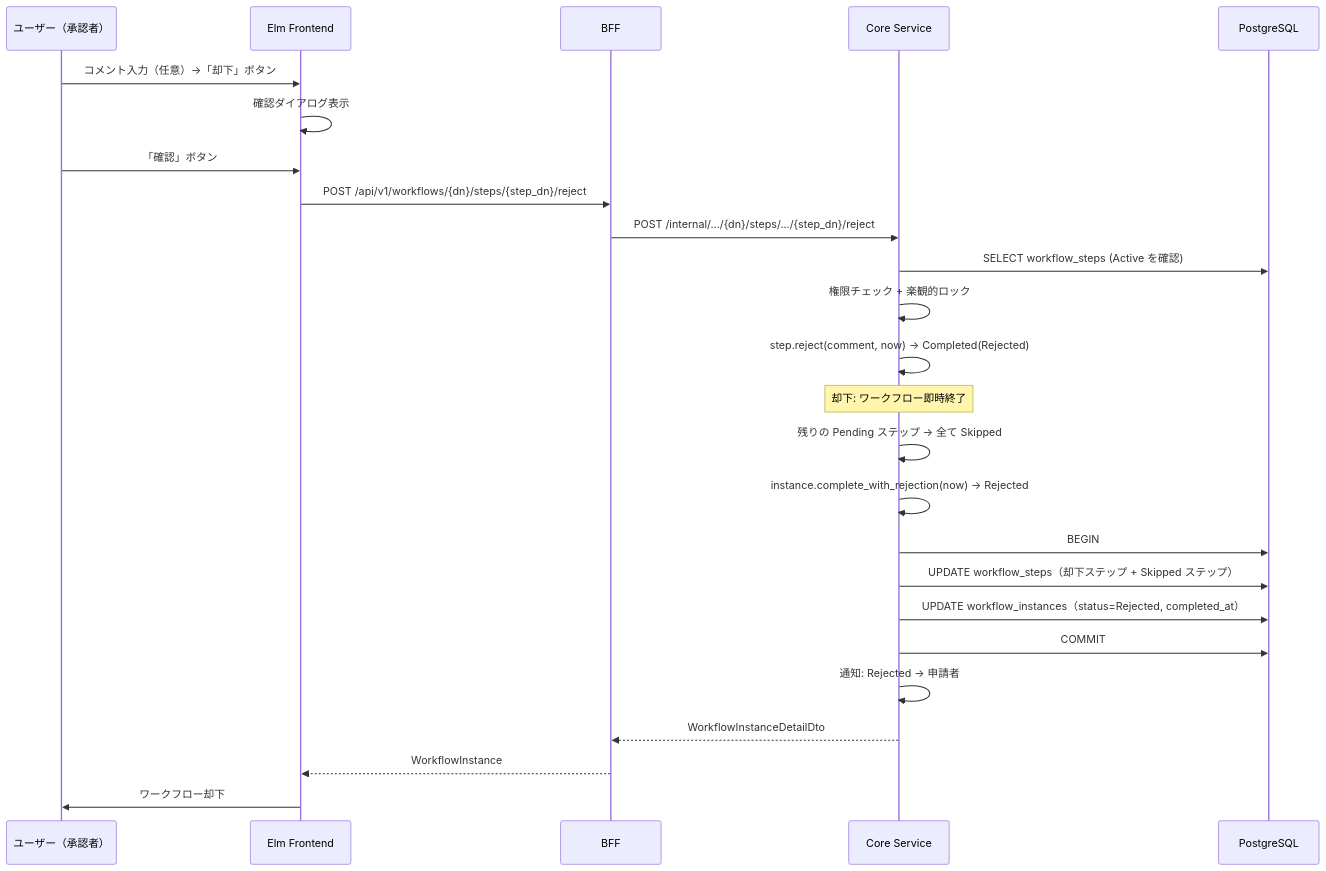
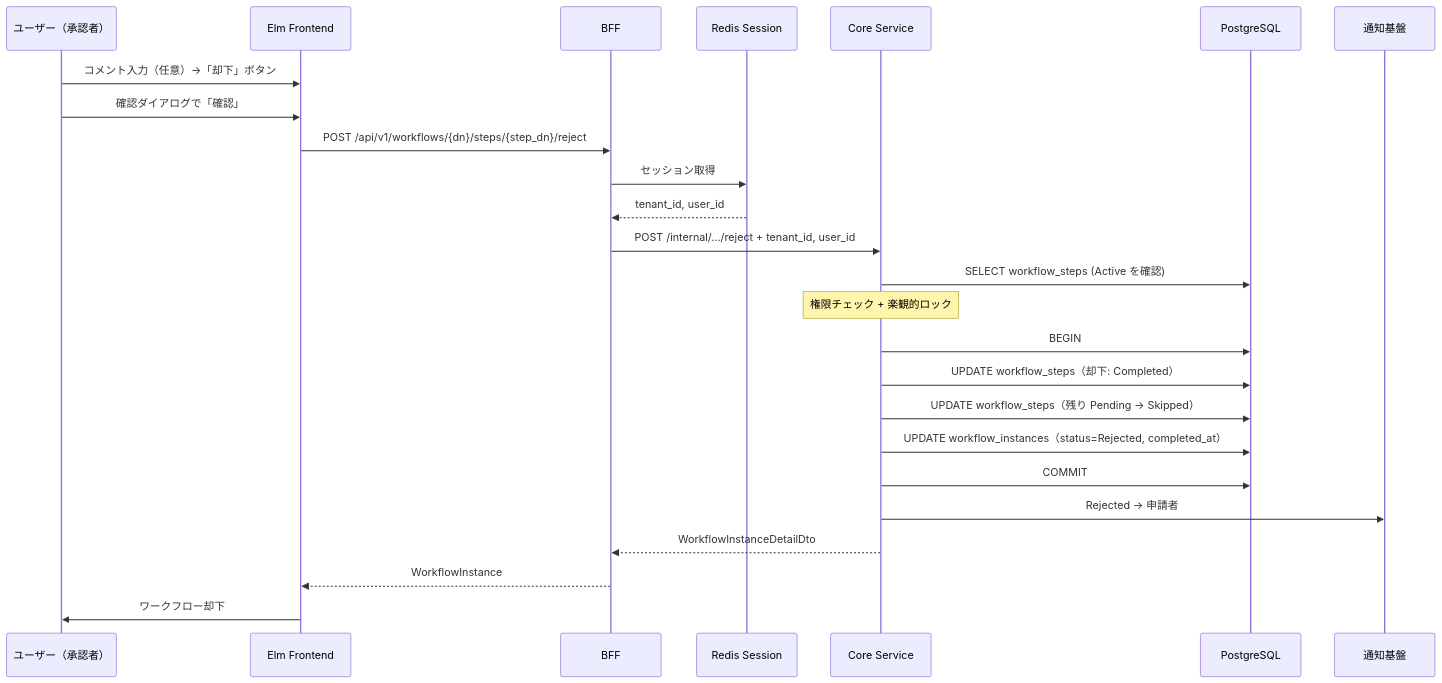
Before and after one commit to ka2kama/ringiflow: the third of 6 diagrams in docs/90_実装解説/ワークフロー/02_承認・却下フロー.md, drawn with Mermaid. The commit also changed other lines of this file and 1 other file, not shown here.

First line of the commit message:
#1128 Improve sequence diagrams: explicit participants, internal flow

````diff
--- a/docs/90_実装解説/ワークフロー/02_承認・却下フロー.md
+++ b/docs/90_実装解説/ワークフロー/02_承認・却下フロー.md
@@ -93,33 +88,32 @@
 ```mermaid
 sequenceDiagram
     participant U as ユーザー（承認者）
     participant Elm as Elm Frontend
     participant BFF as BFF
+    participant Redis as Redis Session
     participant Core as Core Service
     participant DB as PostgreSQL
+    participant Notify as 通知基盤
 
     U->>Elm: コメント入力（任意）→「却下」ボタン
-    Elm->>Elm: 確認ダイアログ表示
-    U->>Elm: 「確認」ボタン
+    U->>Elm: 確認ダイアログで「確認」
 
     Elm->>BFF: POST /api/v1/workflows/{dn}/steps/{step_dn}/reject
-    BFF->>Core: POST /internal/.../{dn}/steps/.../{step_dn}/reject
+    BFF->>Redis: セッション取得
+    Redis-->>BFF: tenant_id, user_id
+    BFF->>Core: POST /internal/.../reject + tenant_id, user_id
 
     Core->>DB: SELECT workflow_steps (Active を確認)
-    Core->>Core: 権限チェック + 楽観的ロック
-    Core->>Core: step.reject(comment, now) → Completed(Rejected)
-
-    Note over Core: 却下: ワークフロー即時終了
-    Core->>Core: 残りの Pending ステップ → 全て Skipped
-    Core->>Core: instance.complete_with_rejection(now) → Rejected
+    Note over Core: 権限チェック + 楽観的ロック
 
     Core->>DB: BEGIN
-    Core->>DB: UPDATE workflow_steps（却下ステップ + Skipped ステップ）
+    Core->>DB: UPDATE workflow_steps（却下: Completed）
+    Core->>DB: UPDATE workflow_steps（残り Pending → Skipped）
     Core->>DB: UPDATE workflow_instances（status=Rejected, completed_at）
     Core->>DB: COMMIT
 
-    Core->>Core: 通知: Rejected → 申請者
+    Core->>Notify: Rejected → 申請者
     Core-->>BFF: WorkflowInstanceDetailDto
     BFF-->>Elm: WorkflowInstance
     Elm->>U: ワークフロー却下
 ```
````
